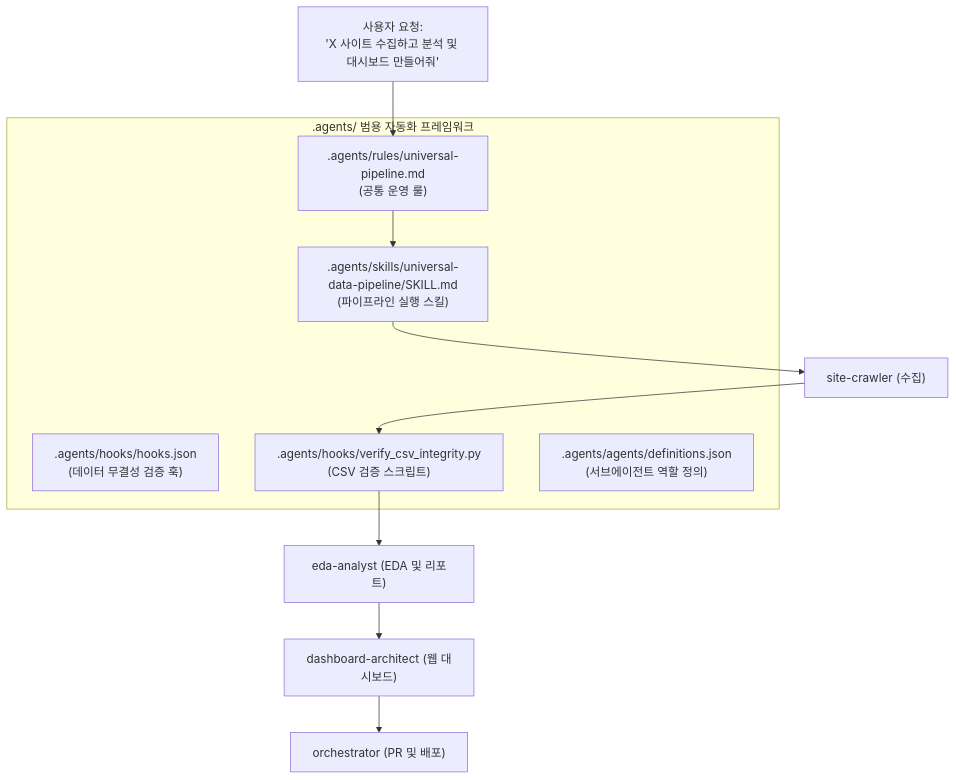
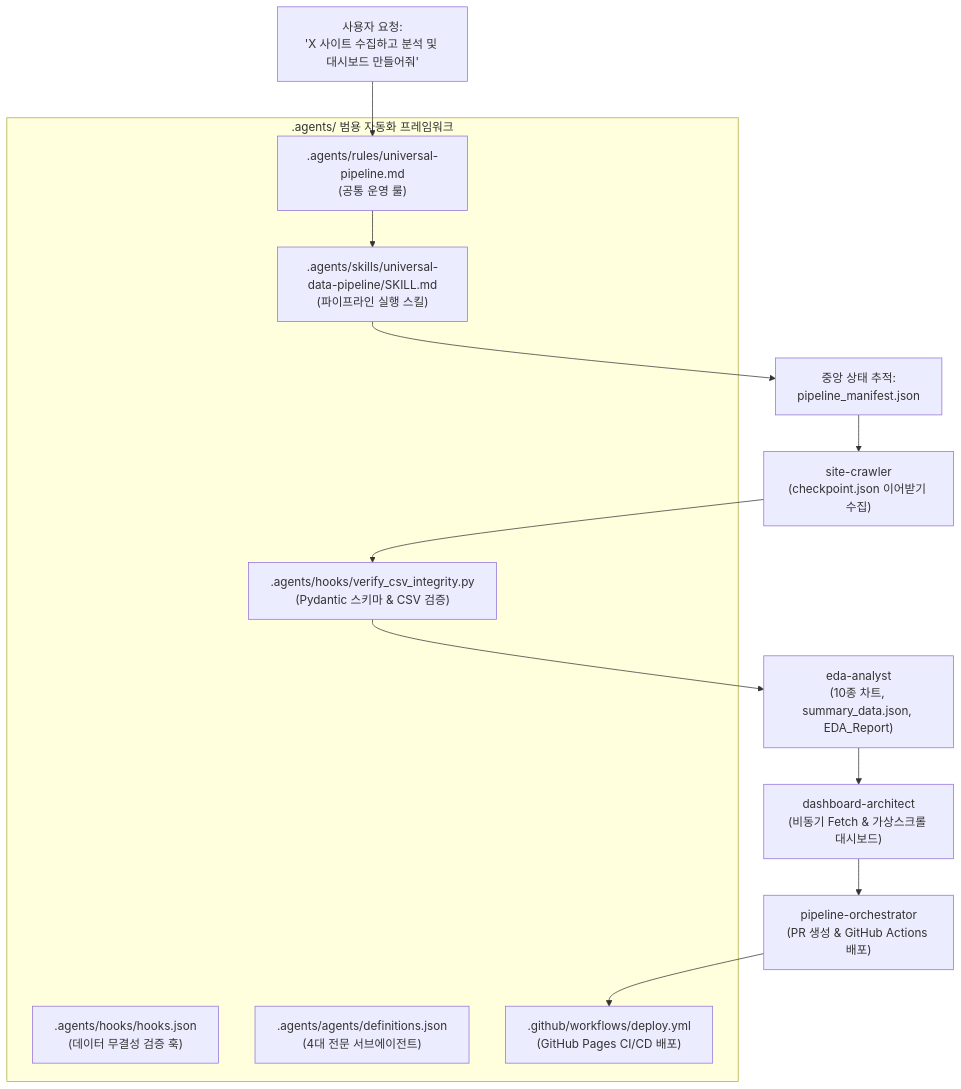
One commit to CodeZ00/DATACRAWLING changed the diagram in harness/universal_pipeline_plan.md. Above: the diagram before and after it, drawn with Mermaid. The commit also changed other lines of this file and 7 other files, not shown here.

````diff
--- a/harness/universal_pipeline_plan.md
+++ b/harness/universal_pipeline_plan.md
@@ -43,18 +47,22 @@
 ```mermaid
 flowchart TD
-    subgraph Customization_Suite[".agents/ 범용 자동화 프레임워크"]
+    subgraph Framework[".agents/ 범용 자동화 프레임워크"]
         R1[".agents/rules/universal-pipeline.md\n(공통 운영 룰)"]
         S1[".agents/skills/universal-data-pipeline/SKILL.md\n(파이프라인 실행 스킬)"]
         H1[".agents/hooks/hooks.json\n(데이터 무결성 검증 훅)"]
-        H2[".agents/hooks/verify_csv_integrity.py\n(CSV 검증 스크립트)"]
-        A1[".agents/agents/definitions.json\n(서브에이전트 역할 정의)"]
+        H2[".agents/hooks/verify_csv_integrity.py\n(Pydantic 스키마 & CSV 검증)"]
+        A1[".agents/agents/definitions.json\n(4대 전문 서브에이전트)"]
+        WF[".github/workflows/deploy.yml\n(GitHub Pages CI/CD 배포)"]
     end
 
     UserRequest["사용자 요청:\n'X 사이트 수집하고 분석 및 대시보드 만들어줘'"] --> R1
     R1 --> S1
-    S1 --> Crawler["site-crawler (수집)"]
+    S1 --> Manifest["중앙 상태 추적:\npipeline_manifest.json"]
+    
+    Manifest --> Crawler["site-crawler\n(checkpoint.json 이어받기 수집)"]
     Crawler --> H2
-    H2 --> Analyst["eda-analyst (EDA 및 리포트)"]
-    Analyst --> Dashboard["dashboard-architect (웹 대시보드)"]
-    Dashboard --> Deploy["orchestrator (PR 및 배포)"]
+    H2 --> Analyst["eda-analyst\n(10종 차트, summary_data.json, EDA_Report)"]
+    Analyst --> Dashboard["dashboard-architect\n(비동기 Fetch & 가상스크롤 대시보드)"]
+    Dashboard --> Deploy["pipeline-orchestrator\n(PR 생성 & GitHub Actions 배포)"]
+    Deploy --> WF
 ```
````
